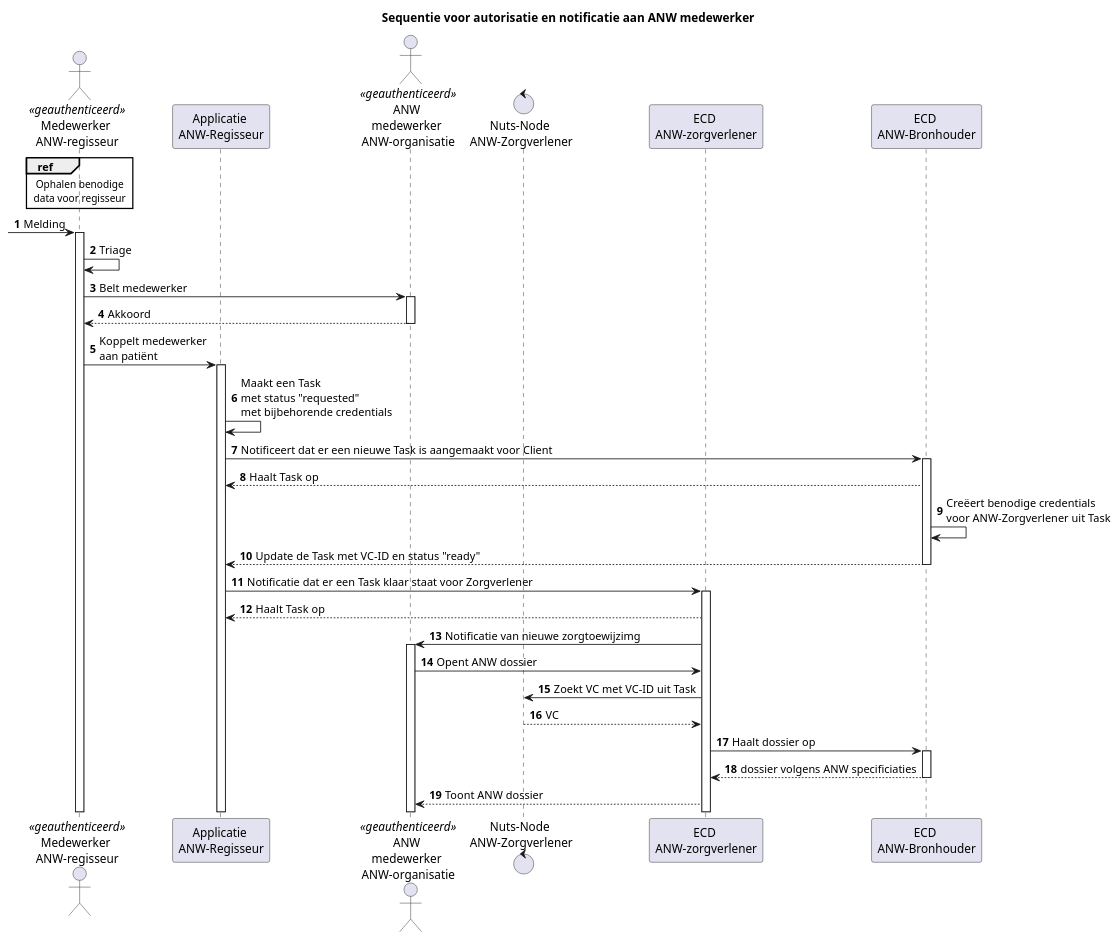
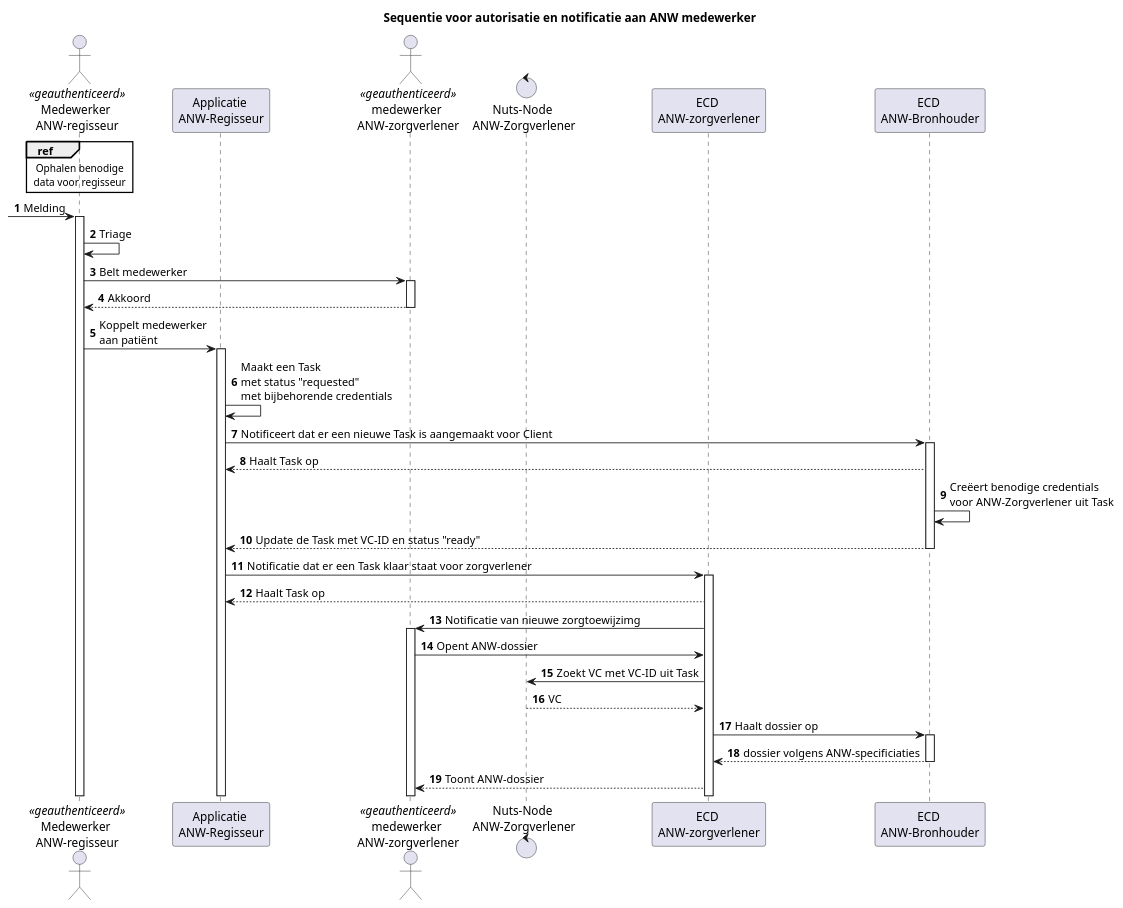
Before and after one commit to nuts-foundation/bolts: the diagram in .gitbook/assets/ANWSequence_V3.puml, drawn with PlantUML. The commit also changed 1 other file, not shown here.

```diff
--- a/.gitbook/assets/ANWSequence_V3.puml
+++ b/.gitbook/assets/ANWSequence_V3.puml
@@ -1,36 +1,36 @@
 @startuml
 'https://plantuml.com/sequence-diagram
 
 title Sequentie voor autorisatie en notificatie aan ANW medewerker
 
 autonumber
 actor ZMWANW as "Medewerker \nANW-regisseur"<<geauthenticeerd>>
 participant ANWSystem as "Applicatie \nANW-Regisseur"
-actor ANWEmpl as "ANW \nmedewerker \nANW-organisatie"<<geauthenticeerd>>
+actor ANWEmpl as "medewerker \nANW-zorgverlener"<<geauthenticeerd>>
 control nNodeB as "Nuts-Node \nANW-Zorgverlener"
 participant VVTA as "ECD \nANW-zorgverlener"
 participant VVTB as "ECD \nANW-Bronhouder"
 
 ref over ZMWANW:Ophalen benodige\ndata voor regisseur
 -> ZMWANW ++: Melding
 ZMWANW -> ZMWANW: Triage
 ZMWANW -> ANWEmpl ++: Belt medewerker
 return Akkoord
 ZMWANW -> ANWSystem++: Koppelt medewerker\naan patiënt
 ANWSystem -> ANWSystem : Maakt een Task \nmet status "requested" \nmet bijbehorende credentials
 ANWSystem -> VVTB++: Notificeert dat er een nieuwe Task is aangemaakt voor Client
 VVTB --> ANWSystem: Haalt Task op
 VVTB -> VVTB: Creëert benodige credentials \nvoor ANW-Zorgverlener uit Task
 VVTB --> ANWSystem --: Update de Task met VC-ID en status "ready"
-ANWSystem -> VVTA ++: Notificatie dat er een Task klaar staat voor Zorgverlener
+ANWSystem -> VVTA ++: Notificatie dat er een Task klaar staat voor zorgverlener
 VVTA --> ANWSystem: Haalt Task op
 VVTA -> ANWEmpl ++: Notificatie van nieuwe zorgtoewijzimg
 
-ANWEmpl -> VVTA: Opent ANW dossier
+ANWEmpl -> VVTA: Opent ANW-dossier
 VVTA -> nNodeB: Zoekt VC met VC-ID uit Task
 nNodeB --> VVTA: VC
 VVTA -> VVTB ++: Haalt dossier op
-return dossier volgens ANW specificiaties
-VVTA --> ANWEmpl: Toont ANW dossier
+return dossier volgens ANW-specificiaties
+VVTA --> ANWEmpl: Toont ANW-dossier
 
 @enduml
```
